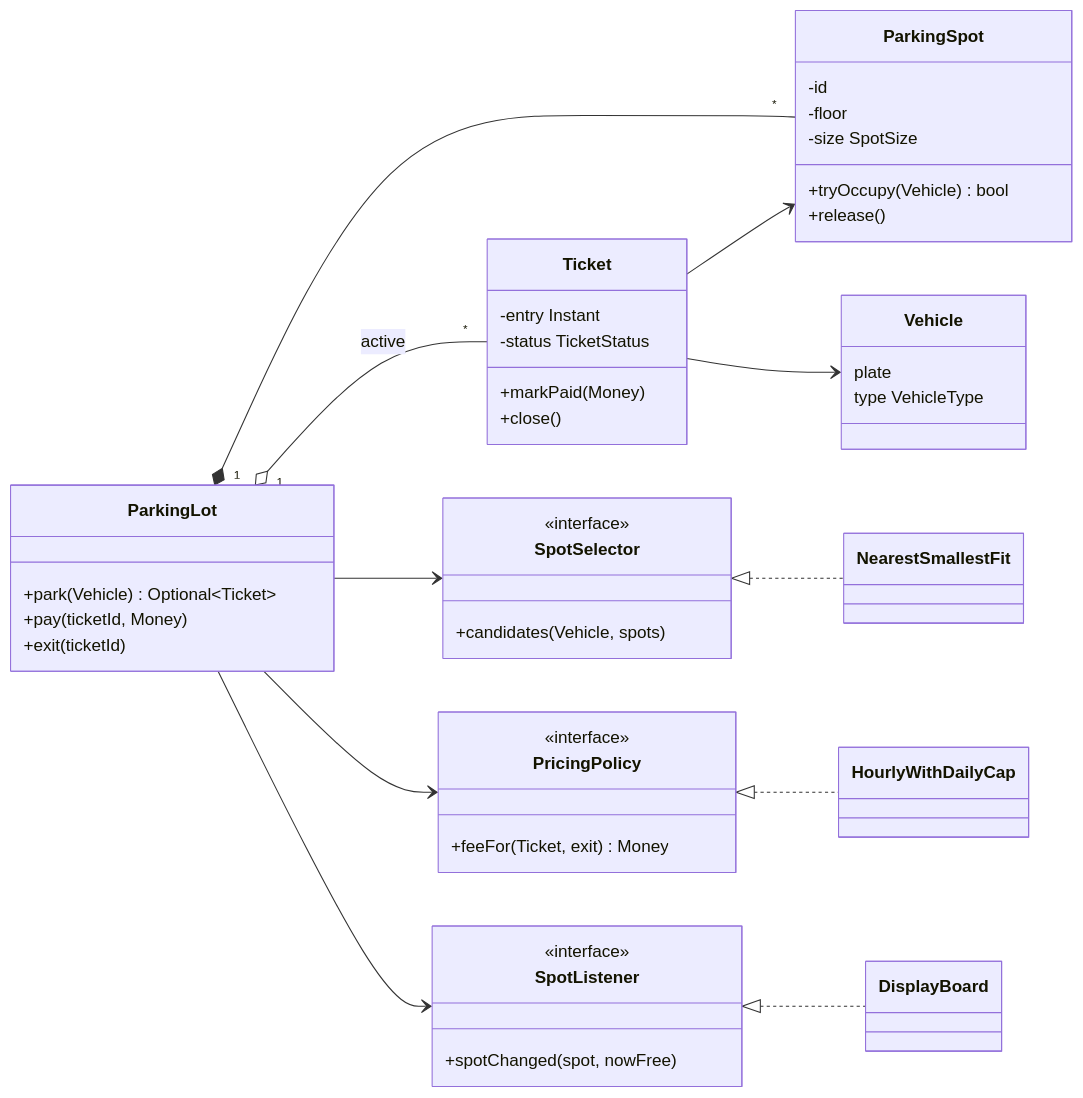
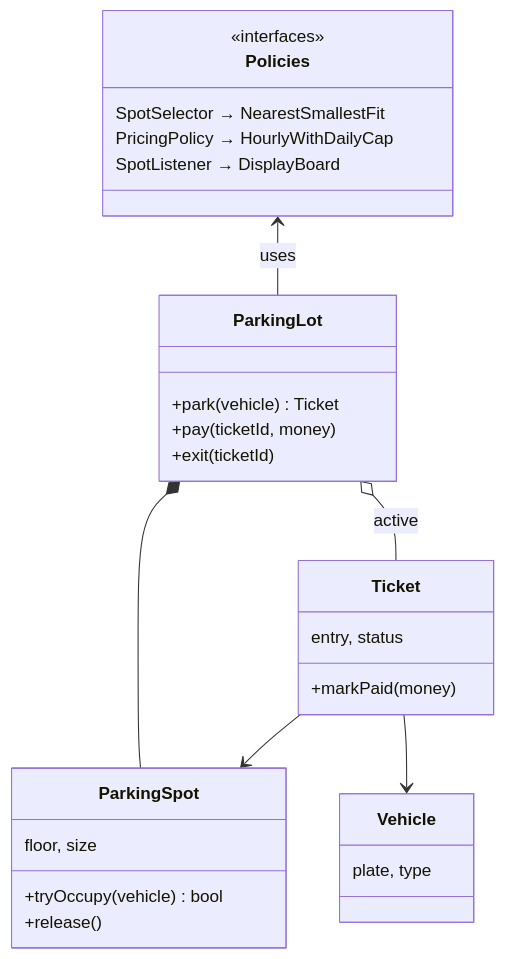
One commit to dhaval-76/engineering-field-guide changed the diagram in src/content/topics/low-level-design/parking-lot/diagrams/parking-classes.mmd. Above: the diagram before and after it, drawn with Mermaid. The commit also changed 90 other files, not shown here.

Commit message:
LLD diagrams: vertical layouts, collapsed families and trimmed members so class, state and ER diagrams fit phones

```diff
--- a/src/content/topics/low-level-design/parking-lot/diagrams/parking-classes.mmd
+++ b/src/content/topics/low-level-design/parking-lot/diagrams/parking-classes.mmd
@@ -1,46 +1,30 @@
 classDiagram
-  direction LR
+  direction TB
   class ParkingLot {
-    +park(Vehicle) Optional~Ticket~
-    +pay(ticketId, Money)
+    +park(vehicle) Ticket
+    +pay(ticketId, money)
     +exit(ticketId)
   }
   class ParkingSpot {
-    -id
-    -floor
-    -size SpotSize
-    +tryOccupy(Vehicle) bool
+    floor, size
+    +tryOccupy(vehicle) bool
     +release()
   }
   class Ticket {
-    -entry Instant
-    -status TicketStatus
-    +markPaid(Money)
-    +close()
+    entry, status
+    +markPaid(money)
   }
   class Vehicle {
-    plate
-    type VehicleType
+    plate, type
   }
-  class SpotSelector {
-    <<interface>>
-    +candidates(Vehicle, spots)
+  class Policies {
+    <<interfaces>>
+    SpotSelector → NearestSmallestFit
+    PricingPolicy → HourlyWithDailyCap
+    SpotListener → DisplayBoard
   }
-  class PricingPolicy {
-    <<interface>>
-    +feeFor(Ticket, exit) Money
-  }
-  class SpotListener {
-    <<interface>>
-    +spotChanged(spot, nowFree)
-  }
-  ParkingLot "1" *-- "*" ParkingSpot
-  ParkingLot "1" o-- "*" Ticket : active
+  ParkingLot *-- ParkingSpot
+  ParkingLot o-- Ticket : active
   Ticket --> ParkingSpot
   Ticket --> Vehicle
-  ParkingLot --> SpotSelector
-  ParkingLot --> PricingPolicy
-  ParkingLot --> SpotListener
-  SpotSelector <|.. NearestSmallestFit
-  PricingPolicy <|.. HourlyWithDailyCap
-  SpotListener <|.. DisplayBoard
+  Policies <-- ParkingLot : uses
```
